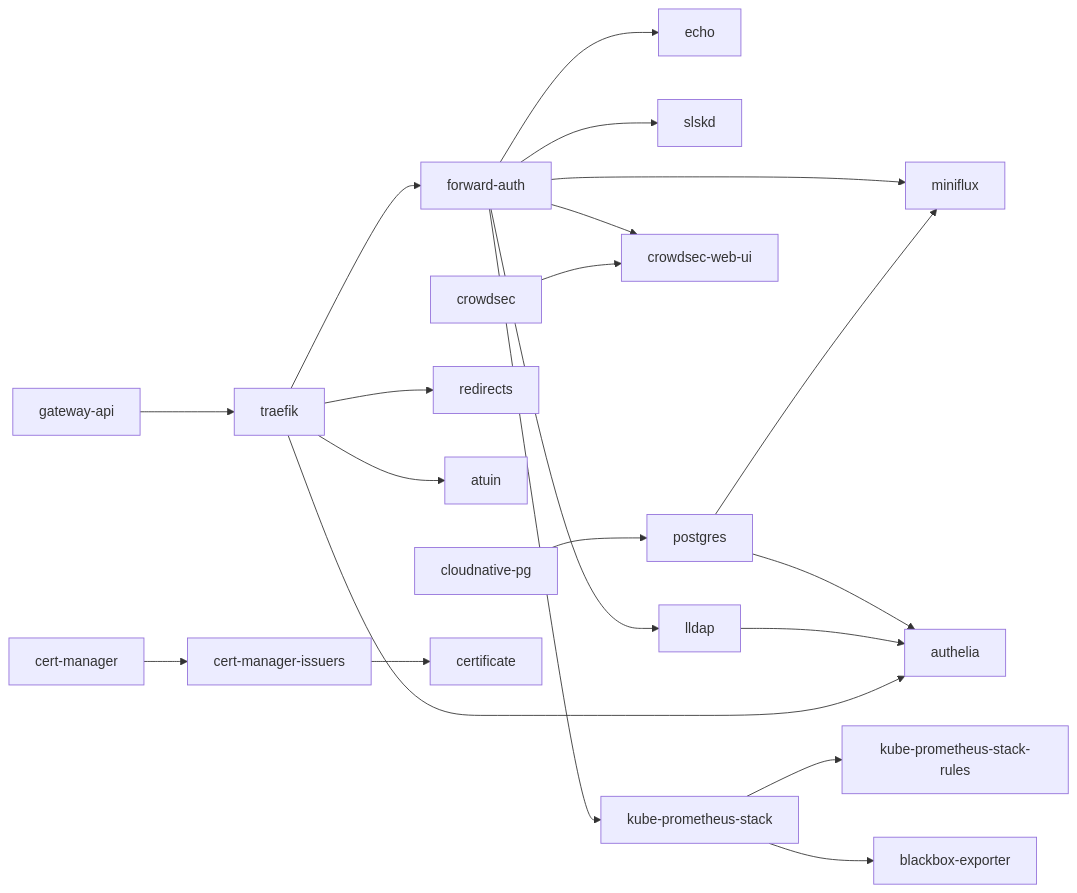
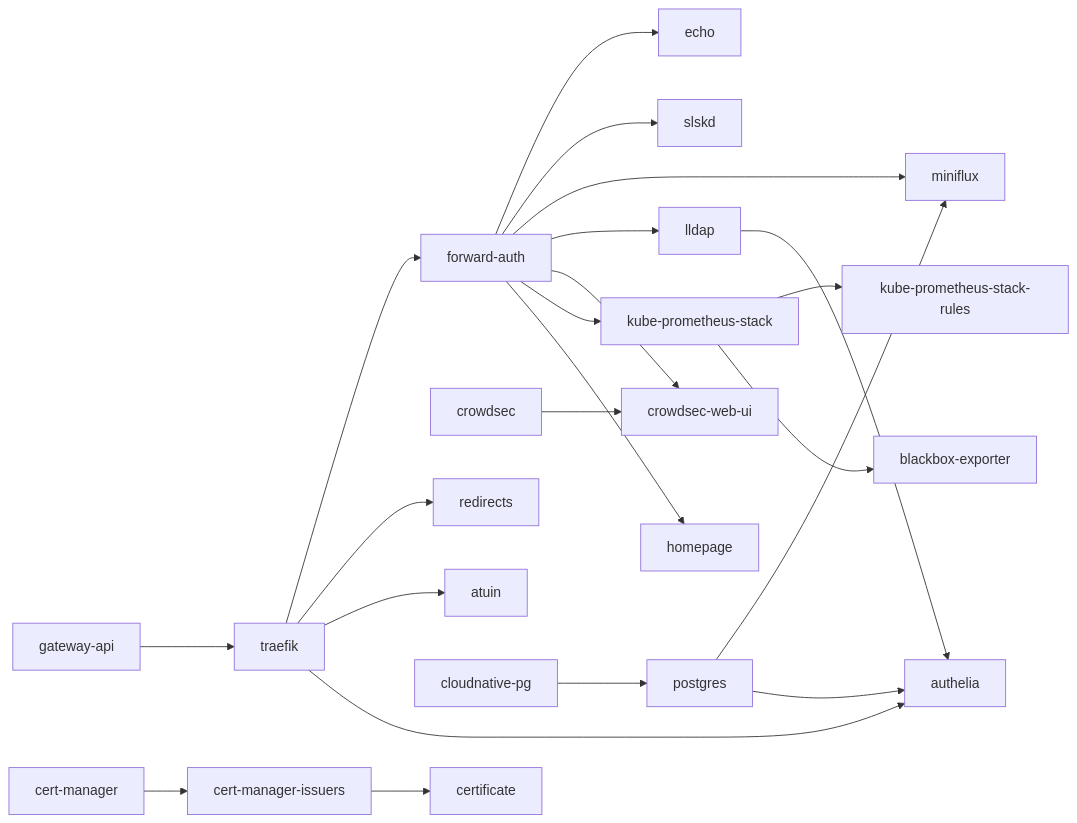
One commit to rafi/machines changed the third of 5 diagrams in docs/architecture.md. Above: the diagram before and after it, drawn with Mermaid. The commit also changed other lines of this file and 11 other files, not shown here.

First line of the commit message:
feat(kube): add homepage

````diff
--- a/docs/architecture.md
+++ b/docs/architecture.md
@@ -143,11 +143,11 @@
 ```mermaid
 flowchart LR
-  gw["gateway-api"] --> traefik --> fa["forward-auth"] --> echo & slskd & miniflux & lldap & webui["crowdsec-web-ui"] & kps["kube-prometheus-stack"]
+  gw["gateway-api"] --> traefik --> fa["forward-auth"] --> echo & slskd & miniflux & lldap & webui["crowdsec-web-ui"] & kps["kube-prometheus-stack"] & homepage
   kps --> rules["kube-prometheus-stack-rules"] & bbe["blackbox-exporter"]
   crowdsec --> webui
   traefik --> redirects & atuin
   cnpg["cloudnative-pg"] --> postgres --> miniflux & authelia
   lldap --> authelia
   traefik --> authelia
   cm["cert-manager"] --> issuers["cert-manager-issuers"] --> certificate
 ```
````
